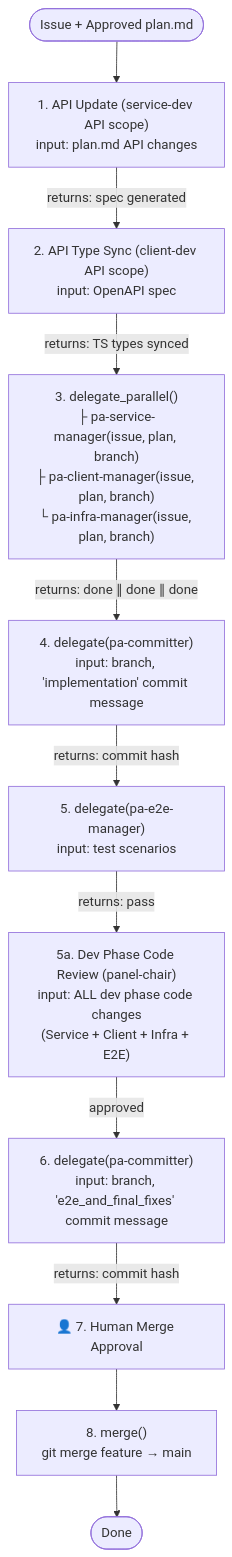
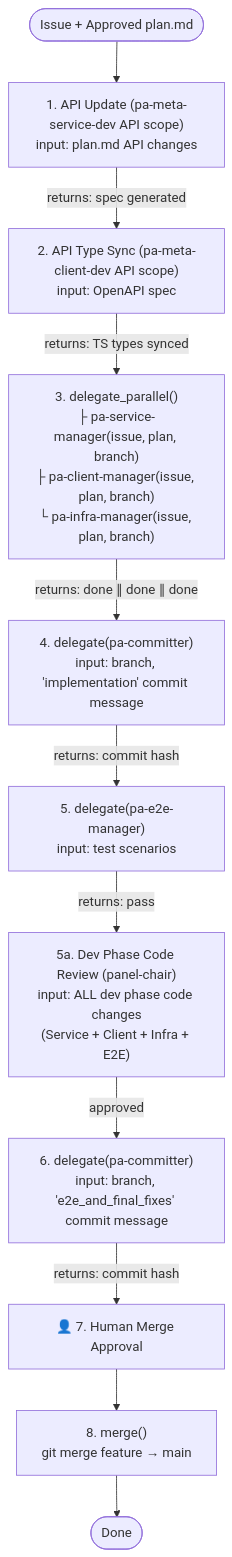
Before and after one commit to T-1009/personal-assistant: the diagram in .opencode/agents/pa-dev-manager.md, drawn with Mermaid. The commit also changed other lines of this file and 20 other files, not shown here.

````diff
--- a/.opencode/agents/pa-dev-manager.md
+++ b/.opencode/agents/pa-dev-manager.md
@@ -44,23 +44,23 @@
 ```mermaid
 flowchart TD
     START(["Issue + Approved plan.md"])
 
-    START --> S1["1. API Update (service-dev API scope)<br/>input: plan.md API changes"]
+    START --> S1["1. API Update (pa-meta-service-dev API scope)<br/>input: plan.md API changes"]
     
-    S1 -- "returns: spec generated" --> S2["2. API Type Sync (client-dev API scope)<br/>input: OpenAPI spec"]
+    S1 -- "returns: spec generated" --> S2["2. API Type Sync (pa-meta-client-dev API scope)<br/>input: OpenAPI spec"]
 
     S2 -- "returns: TS types synced" --> S3["3. delegate_parallel()<br/>├ pa-service-manager(issue, plan, branch)<br/>├ pa-client-manager(issue, plan, branch)<br/>└ pa-infra-manager(issue, plan, branch)"]
 
     S3 -- "returns: done ∥ done ∥ done" --> S4["4. delegate(pa-committer)<br/>input: branch, 'implementation' commit message"]
 
     S4 -- "returns: commit hash" --> S5["5. delegate(pa-e2e-manager)<br/>input: test scenarios"]
 
     S5 -- "returns: pass" --> S5a["5a. Dev Phase Code Review (panel-chair)<br/>input: ALL dev phase code changes<br/>(Service + Client + Infra + E2E)"]
 
     S5a -- "approved" --> S6["6. delegate(pa-committer)<br/>input: branch, 'e2e_and_final_fixes' commit message"]
 
     S6 -- "returns: commit hash" --> G2["👤 7. Human Merge Approval"]
 
     G2 --> S8["8. merge()<br/>git merge feature → main"]
     S8 --> DONE(["Done"])
 ```
````
